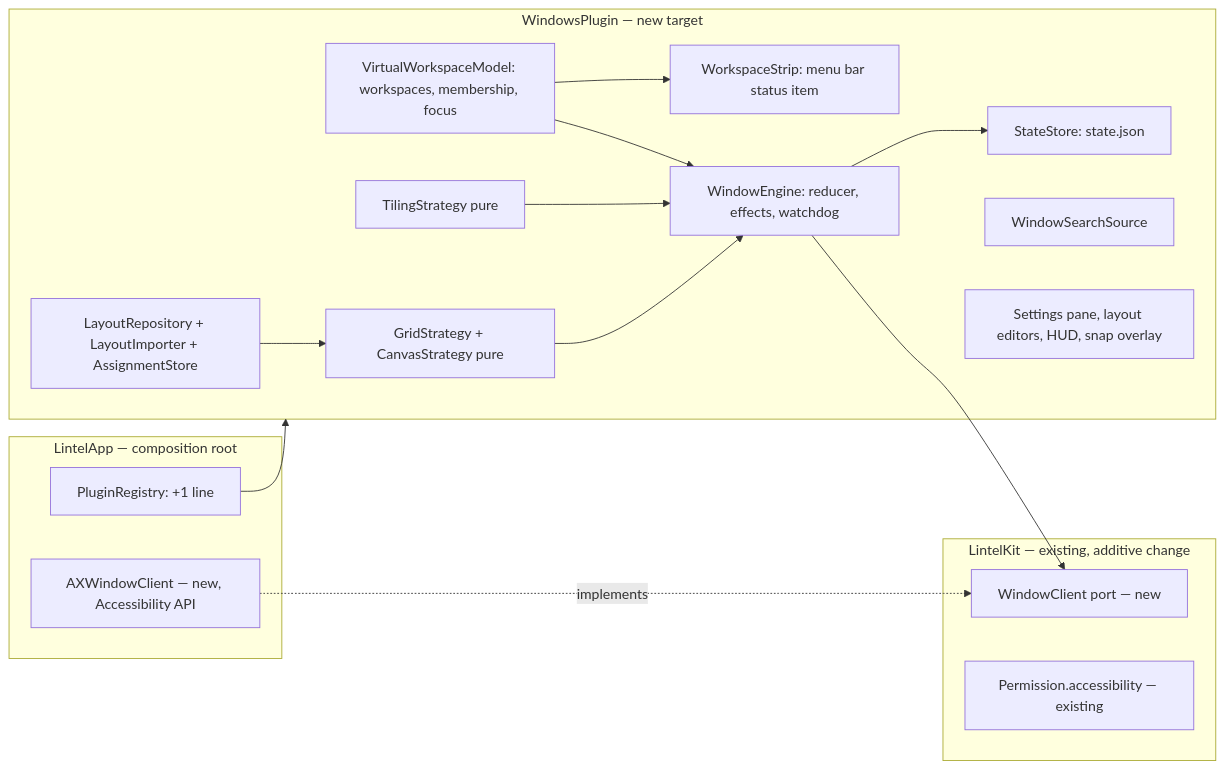
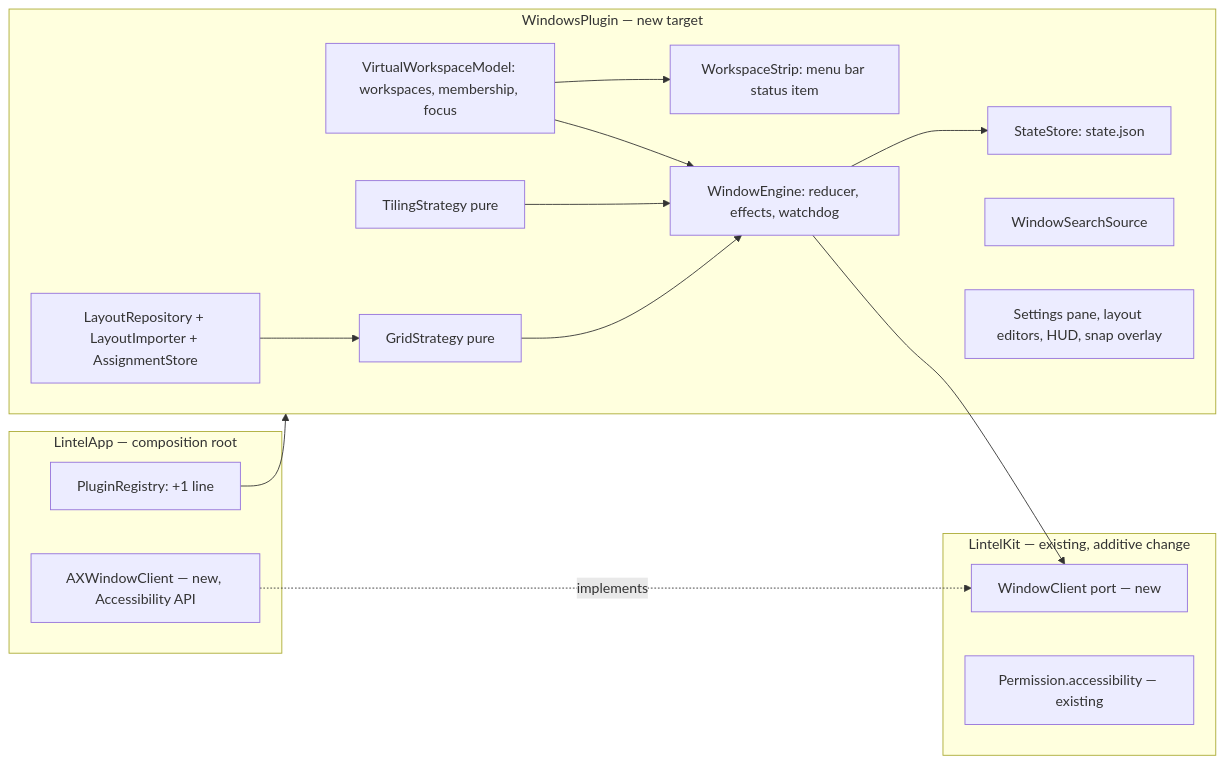
The diagram in .ai/specs/2026-11-09-window-management.md (mjozefiak/Pounce), drawn with Mermaid before and after one commit. The commit also changed other lines of this file and 2 other files, not shown here.

Commit message:
docs(specs): window management rev 4: owner decisions (private API accepted, grid editor only, AeroSpace shortcuts, per-workspace Free kind)

````diff
--- a/.ai/specs/2026-11-09-window-management.md
+++ b/.ai/specs/2026-11-09-window-management.md
@@ -77,31 +77,31 @@
 ```mermaid
 flowchart LR
   subgraph Kit[LintelKit — existing, additive change]
     WC[WindowClient port — new]
     PR[Permission.accessibility — existing]
   end
   subgraph Plugin[WindowsPlugin — new target]
     WS[VirtualWorkspaceModel: workspaces, membership, focus]
     TL[TilingStrategy pure]
-    GL[GridStrategy + CanvasStrategy pure]
+    GL[GridStrategy pure]
     LB[LayoutRepository + LayoutImporter + AssignmentStore]
     SG[WorkspaceStrip: menu bar status item]
     EN[WindowEngine: reducer, effects, watchdog]
     ST[StateStore: state.json]
     SR[WindowSearchSource]
     UI[Settings pane, layout editors, HUD, snap overlay]
   end
   subgraph App[LintelApp — composition root]
     AX[AXWindowClient — new, Accessibility API]
     REG[PluginRegistry: +1 line]
   end
   WS --> EN
   TL --> EN
   GL --> EN
   LB --> GL
   WS --> SG
   EN --> WC
   EN --> ST
   AX -. implements .-> WC
   REG --> Plugin
 ```
````
